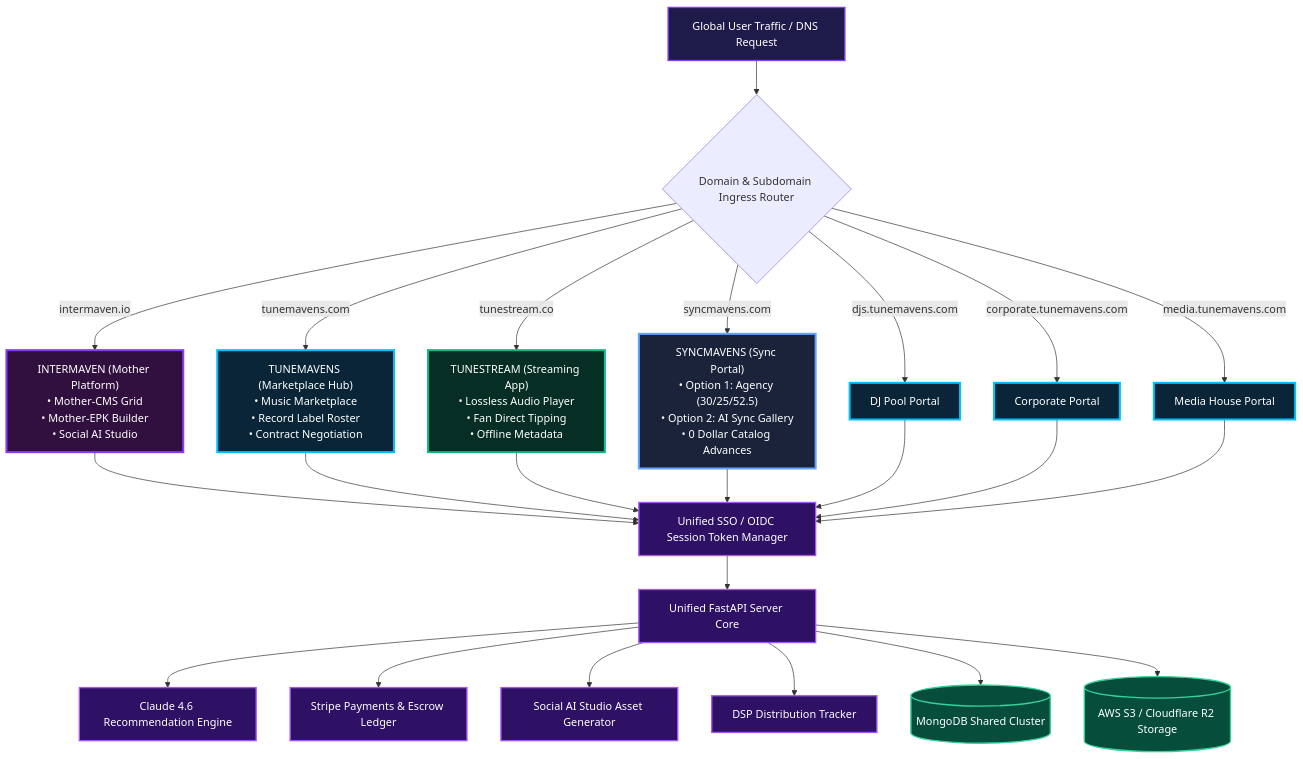
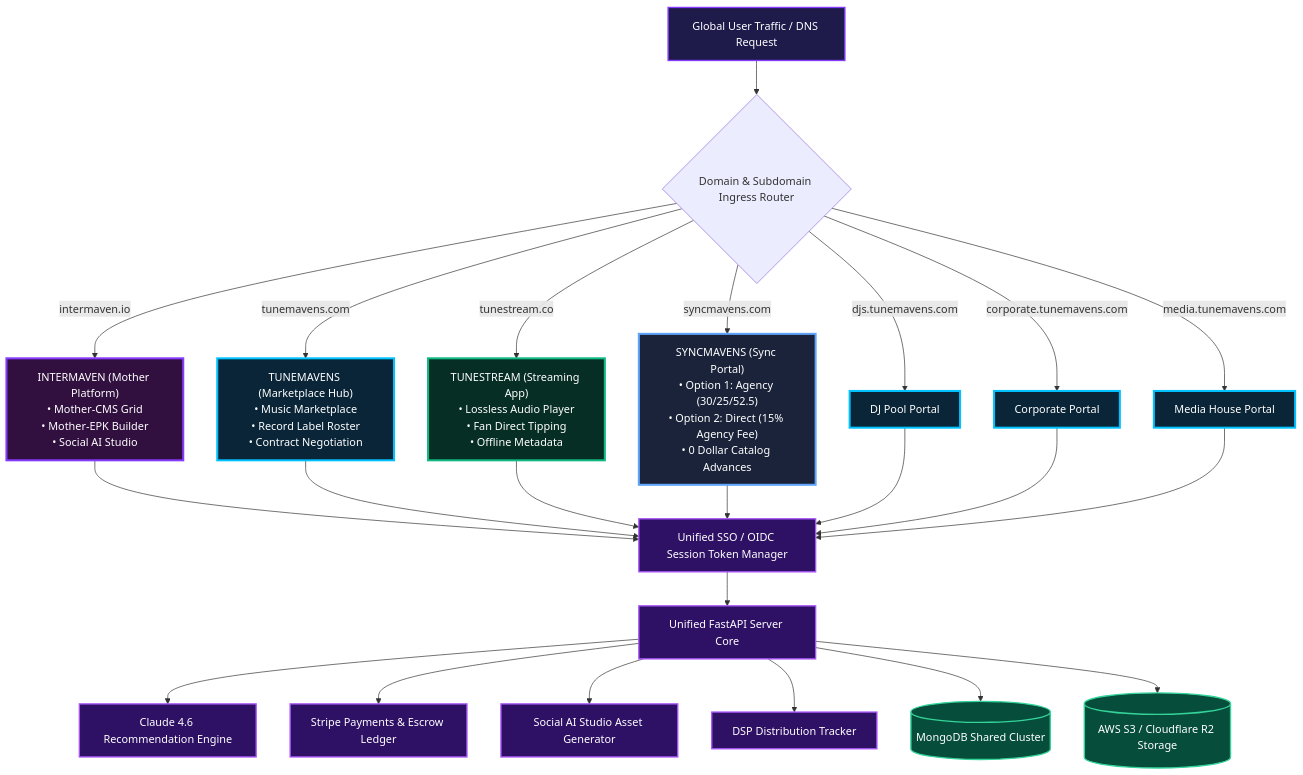
The first of 2 diagrams in docs/ECOSYSTEM_ARCHITECTURE_AND_FLOWCHART.md (tunnel-vision-web/tunemavens), drawn with Mermaid before and after one commit. The commit also changed other lines of this file and 4 other files, not shown here.

Commit message:
docs: update Option 2 sync licensing model to include 15% agency fee paid to SyncMavens across Markdown and PDFs

````diff
--- a/docs/ECOSYSTEM_ARCHITECTURE_AND_FLOWCHART.md
+++ b/docs/ECOSYSTEM_ARCHITECTURE_AND_FLOWCHART.md
@@ -71,53 +71,53 @@
 ```mermaid
 flowchart TD
     %% Custom Styling Definitions using Brand Palette
     classDef ingressNode fill:#1e1b4b,stroke:#863bff,stroke-width:2px,color:#fff;
     classDef intermavenBrand fill:#31103f,stroke:#863bff,stroke-width:3px,color:#fff;
     classDef tunemavensBrand fill:#092537,stroke:#00c2ff,stroke-width:3px,color:#fff;
     classDef tunestreamBrand fill:#062e24,stroke:#10b981,stroke-width:3px,color:#fff;
     classDef syncmavensBrand fill:#1a233a,stroke:#60a5fa,stroke-width:3px,color:#fff;
     classDef coreEngine fill:#2e1065,stroke:#a855f7,stroke-width:2px,color:#fff;
     classDef dbLayer fill:#064e3b,stroke:#34d399,stroke-width:2px,color:#fff;
 
     %% Ingress Point
     GlobalUsers[Global User Traffic / DNS Request]:::ingressNode --> Router{Domain & Subdomain Ingress Router}
 
     %% Platform Ingress Routes
     Router -->|intermaven.io| IM["INTERMAVEN (Mother Platform)<br/>• Mother-CMS Grid<br/>• Mother-EPK Builder<br/>• Social AI Studio"]:::intermavenBrand
     Router -->|tunemavens.com| TM["TUNEMAVENS (Marketplace Hub)<br/>• Music Marketplace<br/>• Record Label Roster<br/>• Contract Negotiation"]:::tunemavensBrand
     Router -->|tunestream.co| TS["TUNESTREAM (Streaming App)<br/>• Lossless Audio Player<br/>• Fan Direct Tipping<br/>• Offline Metadata"]:::tunestreamBrand
-    Router -->|syncmavens.com| SM["SYNCMAVENS (Sync Portal)<br/>• Option 1: Agency (30/25/52.5)<br/>• Option 2: AI Sync Gallery<br/>• 0 Dollar Catalog Advances"]:::syncmavensBrand
+    Router -->|syncmavens.com| SM["SYNCMAVENS (Sync Portal)<br/>• Option 1: Agency (30/25/52.5)<br/>• Option 2: Direct (15% Agency Fee)<br/>• 0 Dollar Catalog Advances"]:::syncmavensBrand
 
     %% Role Subdomain Ingress
     Router -->|djs.tunemavens.com| DJSub["DJ Pool Portal"]:::tunemavensBrand
     Router -->|corporate.tunemavens.com| CorpSub["Corporate Portal"]:::tunemavensBrand
     Router -->|media.tunemavens.com| MediaSub["Media House Portal"]:::tunemavensBrand
 
     %% Interconnection to Unified Core
     IM --> AuthGate[Unified SSO / OIDC Session Token Manager]:::coreEngine
     TM --> AuthGate
     TS --> AuthGate
     SM --> AuthGate
     DJSub --> AuthGate
     CorpSub --> AuthGate
     MediaSub --> AuthGate
 
     %% Unified Core Backend Services
     AuthGate --> FastAPI[Unified FastAPI Server Core]:::coreEngine
     FastAPI --> AIRecommendation[Claude 4.6 Recommendation Engine]:::coreEngine
     FastAPI --> StripeEngine[Stripe Payments & Escrow Ledger]:::coreEngine
     FastAPI --> SocialAIEngine[Social AI Studio Asset Generator]:::coreEngine
     FastAPI --> DistroTracker[DSP Distribution Tracker]:::coreEngine
 
     %% Database & Asset Storage
     FastAPI --> MongoCluster[(MongoDB Shared Cluster)]:::dbLayer
     FastAPI --> S3Storage[(AWS S3 / Cloudflare R2 Storage)]:::dbLayer
 
     class GlobalUsers ingressNode;
     class IM intermavenBrand;
     class TM,DJSub,CorpSub,MediaSub tunemavensBrand;
     class TS tunestreamBrand;
     class SM syncmavensBrand;
     class AuthGate,FastAPI,AIRecommendation,StripeEngine,SocialAIEngine,DistroTracker coreEngine;
     class MongoCluster,S3Storage dbLayer;
 ```
````
